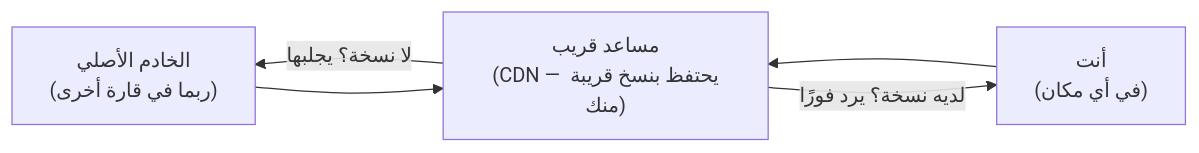
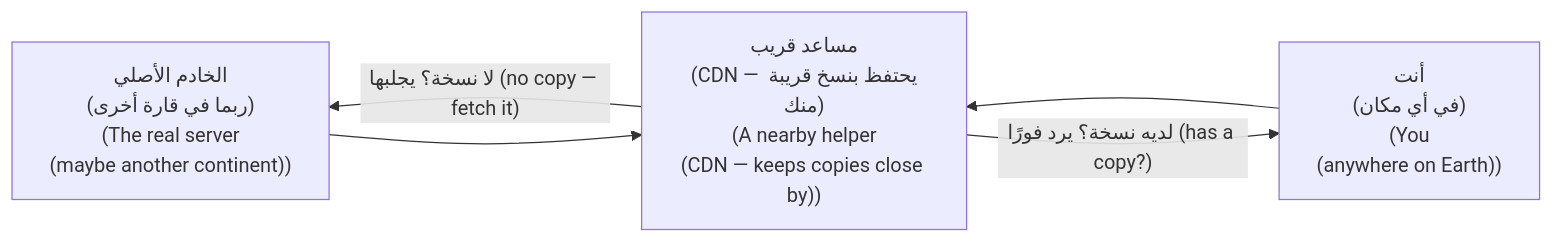
Before and after one commit to Tamoura/system-design-for-vibe-coders: the second of 7 diagrams in modules/00-foundations/foundations.ar.md, drawn with Mermaid. The commit also changed other lines of this file and 62 other files, not shown here.

First line of the commit message:
Arabic editions: English on every diagram label, RTL fixes, rebuild

````diff
--- a/modules/00-foundations/foundations.ar.md
+++ b/modules/00-foundations/foundations.ar.md
@@ -46,7 +46,7 @@
 ```mermaid
 flowchart RL
-    Y["أنت<br/>(في أي مكان)"] --> C["مساعد قريب<br/>(CDN — يحتفظ بنسخ قريبة منك)"]
-    C -->|"لديه نسخة؟ يرد فورًا"| Y
-    C -->|"لا نسخة؟ يجلبها"| S["الخادم الأصلي<br/>(ربما في قارة أخرى)"]
+    Y["أنت<br/>(في أي مكان)<br/>(You<br/>(anywhere on Earth))"] --> C["مساعد قريب<br/>(CDN — يحتفظ بنسخ قريبة منك)<br/>(A nearby helper<br/>(CDN — keeps copies close by))"]
+    C -->|"لديه نسخة؟ يرد فورًا (has a copy?)"| Y
+    C -->|"لا نسخة؟ يجلبها (no copy — fetch it)"| S["الخادم الأصلي<br/>(ربما في قارة أخرى)<br/>(The real server<br/>(maybe another continent))"]
     S --> C
 ```
````
